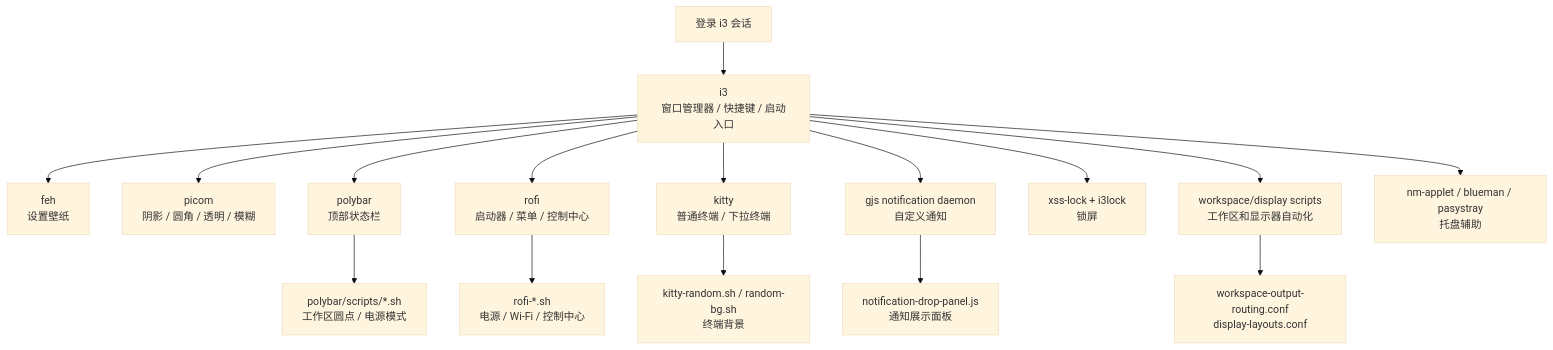
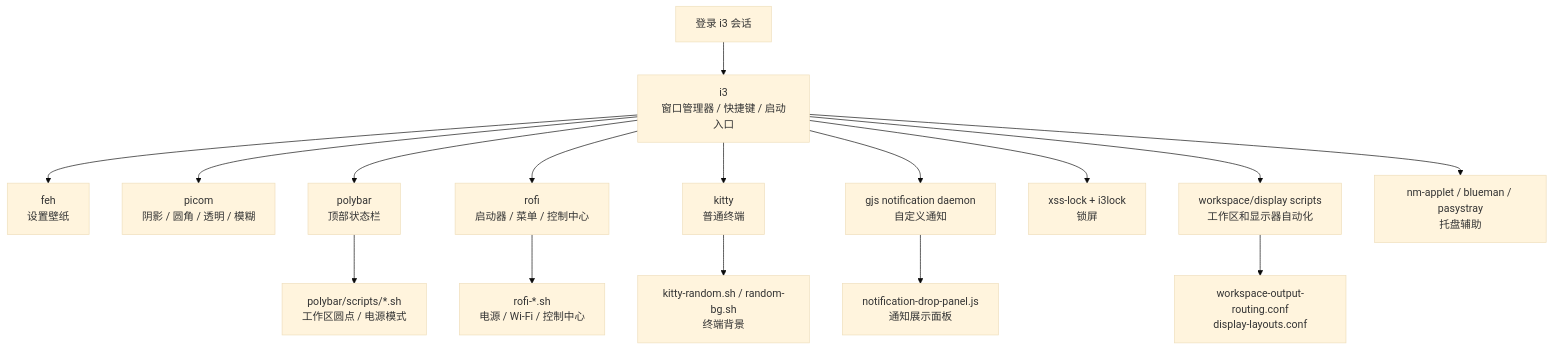
One commit to Coisini-Tinkle/i3-beige-dotfiles changed the first of 13 diagrams in config/i3/README.zh-CN.md. Above: the diagram before and after it, drawn with Mermaid (base theme). The commit also changed other lines of this file and 5 other files, not shown here.

````diff
--- a/config/i3/README.zh-CN.md
+++ b/config/i3/README.zh-CN.md
@@ -21,20 +21,20 @@
 ```mermaid
 flowchart TB
     Login["登录 i3 会话"] --> I3["i3<br/>窗口管理器 / 快捷键 / 启动入口"]
 
     I3 --> Wallpaper["feh<br/>设置壁纸"]
     I3 --> Compositor["picom<br/>阴影 / 圆角 / 透明 / 模糊"]
     I3 --> Bar["polybar<br/>顶部状态栏"]
     I3 --> Launcher["rofi<br/>启动器 / 菜单 / 控制中心"]
-    I3 --> Terminal["kitty<br/>普通终端 / 下拉终端"]
+    I3 --> Terminal["kitty<br/>普通终端"]
     I3 --> Notify["gjs notification daemon<br/>自定义通知"]
     I3 --> Lock["xss-lock + i3lock<br/>锁屏"]
     I3 --> Routing["workspace/display scripts<br/>工作区和显示器自动化"]
     I3 --> Tray["nm-applet / blueman / pasystray<br/>托盘辅助"]
 
     Bar --> BarScripts["polybar/scripts/*.sh<br/>工作区圆点 / 电源模式"]
     Launcher --> RofiScripts["rofi-*.sh<br/>电源 / Wi-Fi / 控制中心"]
     Notify --> Panel["notification-drop-panel.js<br/>通知展示面板"]
     Terminal --> KittyScripts["kitty-random.sh / random-bg.sh<br/>终端背景"]
     Routing --> Generated["workspace-output-routing.conf<br/>display-layouts.conf"]
 ```
````
